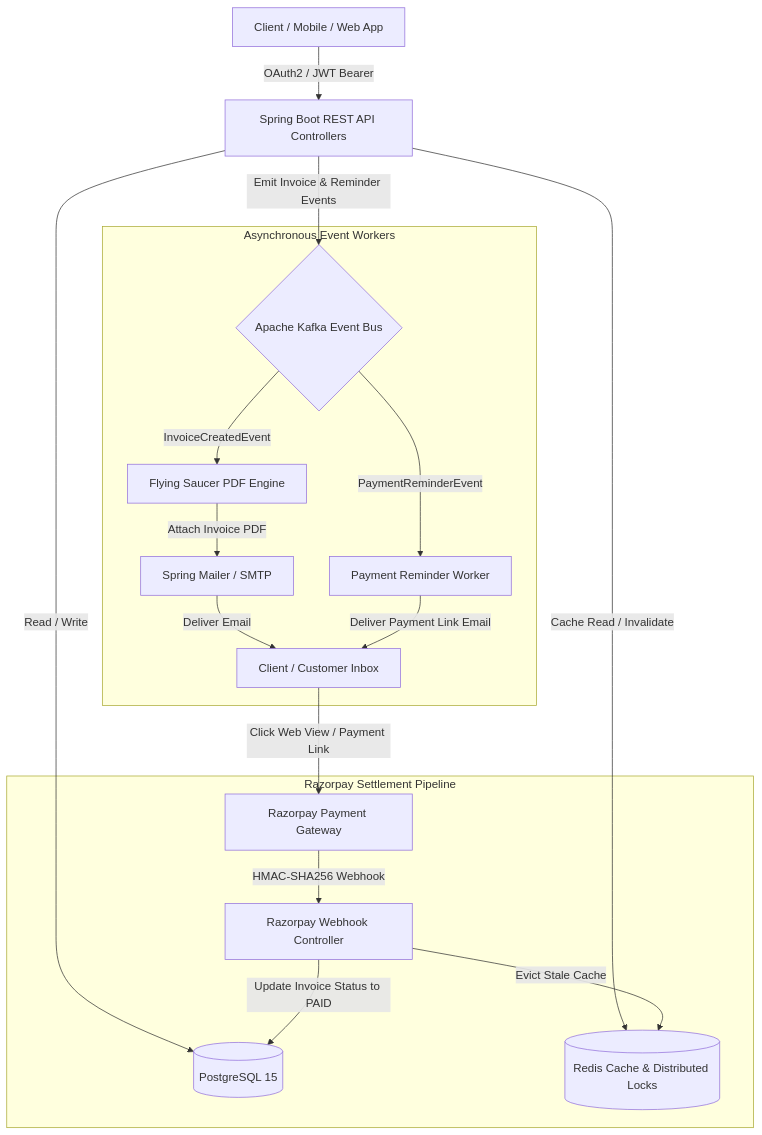
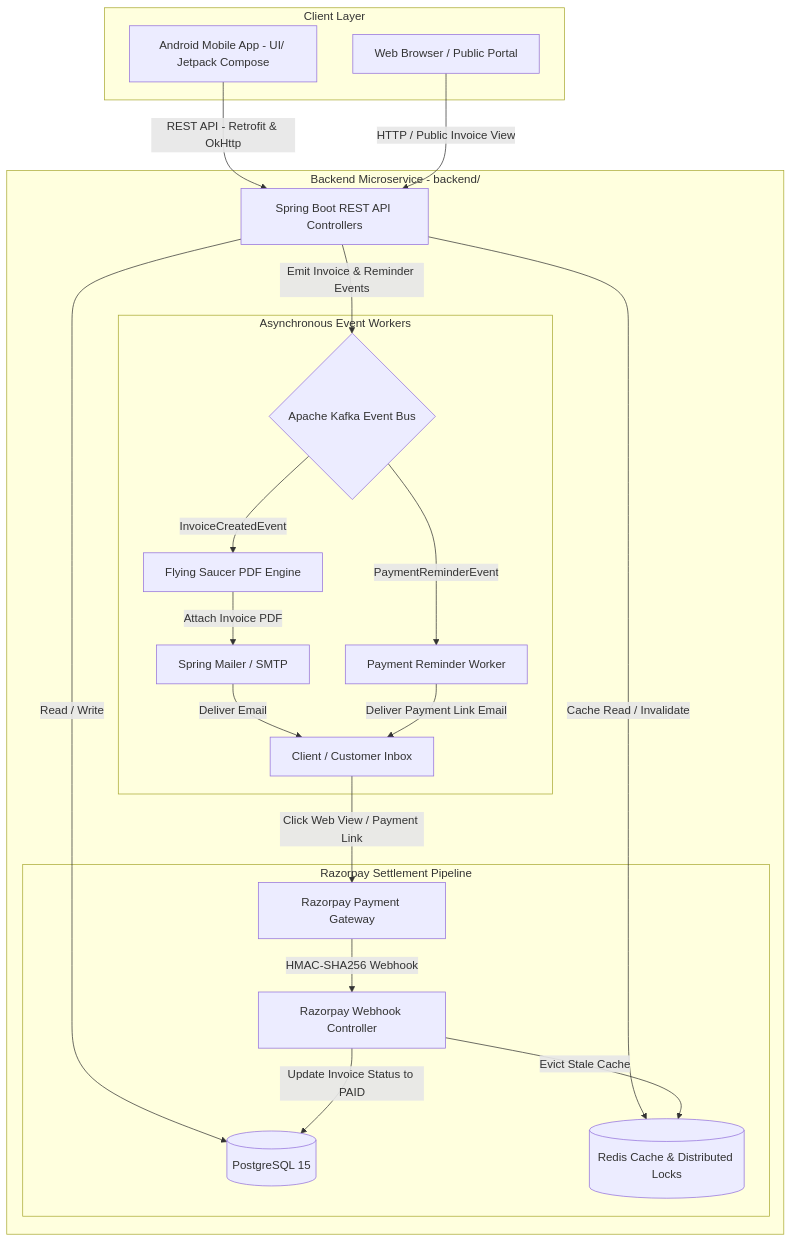
One commit to VaibhavSharmaggwp/invoicely- changed the diagram in README.md. Above: the diagram before and after it, drawn with Mermaid. The commit also changed other lines of this file and 46 other files, not shown here.

Commit message:
feat(ui): add Jetpack Compose Android app under UI/ and update README.md

````diff
--- a/README.md
+++ b/README.md
@@ -19,24 +31,32 @@
 ```mermaid
 flowchart TD
-    Client[Client / Mobile / Web App] -->|OAuth2 / JWT Bearer| API[Spring Boot REST API Controllers]
-    API -->|Read / Write| Postgres[(PostgreSQL 15)]
-    API -->|Cache Read / Invalidate| Redis[(Redis Cache & Distributed Locks)]
-    
-    API -->|Emit Invoice & Reminder Events| Kafka{Apache Kafka Event Bus}
-    
-    subgraph Asynchronous Event Workers
-        Kafka -->|InvoiceCreatedEvent| PDFWorker[Flying Saucer PDF Engine]
-        PDFWorker -->|Attach Invoice PDF| MailWorker[Spring Mailer / SMTP]
-        MailWorker -->|Deliver Email| Customer[Client / Customer Inbox]
-        
-        Kafka -->|PaymentReminderEvent| ReminderWorker[Payment Reminder Worker]
-        ReminderWorker -->|Deliver Payment Link Email| Customer
+    subgraph Client Layer
+        AndroidApp[Android Mobile App - UI/ Jetpack Compose]
+        WebApp[Web Browser / Public Portal]
     end
 
-    subgraph Razorpay Settlement Pipeline
-        Customer -->|Click Web View / Payment Link| Razorpay[Razorpay Payment Gateway]
-        Razorpay -->|HMAC-SHA256 Webhook| WebhookCtrl[Razorpay Webhook Controller]
-        WebhookCtrl -->|Update Invoice Status to PAID| Postgres
-        WebhookCtrl -->|Evict Stale Cache| Redis
+    subgraph Backend Microservice - backend/
+        AndroidApp -->|REST API - Retrofit & OkHttp| API[Spring Boot REST API Controllers]
+        WebApp -->|HTTP / Public Invoice View| API
+        API -->|Read / Write| Postgres[(PostgreSQL 15)]
+        API -->|Cache Read / Invalidate| Redis[(Redis Cache & Distributed Locks)]
+        
+        API -->|Emit Invoice & Reminder Events| Kafka{Apache Kafka Event Bus}
+        
+        subgraph Asynchronous Event Workers
+            Kafka -->|InvoiceCreatedEvent| PDFWorker[Flying Saucer PDF Engine]
+            PDFWorker -->|Attach Invoice PDF| MailWorker[Spring Mailer / SMTP]
+            MailWorker -->|Deliver Email| Customer[Client / Customer Inbox]
+            
+            Kafka -->|PaymentReminderEvent| ReminderWorker[Payment Reminder Worker]
+            ReminderWorker -->|Deliver Payment Link Email| Customer
+        end
+
+        subgraph Razorpay Settlement Pipeline
+            Customer -->|Click Web View / Payment Link| Razorpay[Razorpay Payment Gateway]
+            Razorpay -->|HMAC-SHA256 Webhook| WebhookCtrl[Razorpay Webhook Controller]
+            WebhookCtrl -->|Update Invoice Status to PAID| Postgres
+            WebhookCtrl -->|Evict Stale Cache| Redis
+        end
     end
 ```
````
